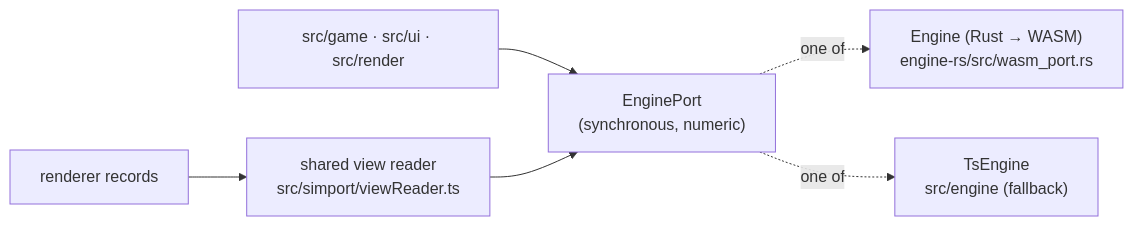
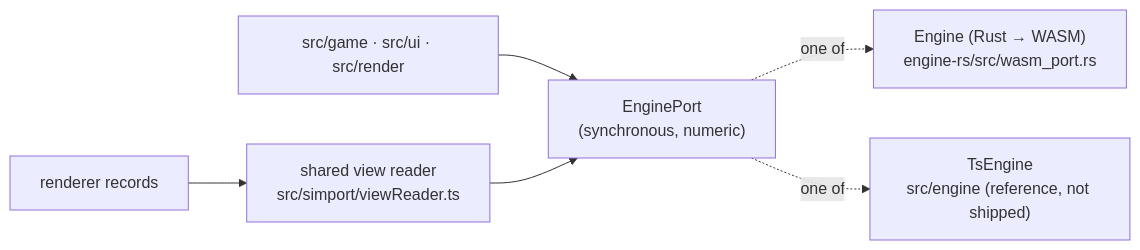
The seventh of 7 diagrams in ARCHITECTURE.md (maniator/verticopolis), drawn with Mermaid before and after one commit. The commit also changed other lines of this file and 9 other files, not shown here.

First line of the commit message:
Docs: the Rust engine is the only engine the shipped game runs

````diff
--- a/ARCHITECTURE.md
+++ b/ARCHITECTURE.md
@@ -252,8 +255,8 @@
 ```mermaid
 flowchart LR
     UI["src/game · src/ui · src/render"] --> Port["EnginePort<br/>(synchronous, numeric)"]
     Port -. one of .-> Rust["Engine (Rust → WASM)<br/>engine-rs/src/wasm_port.rs"]
-    Port -. one of .-> Ts["TsEngine<br/>src/engine (fallback)"]
+    Port -. one of .-> Ts["TsEngine<br/>src/engine (reference, not shipped)"]
     Render["renderer records"] --> Reader["shared view reader<br/>src/simport/viewReader.ts"]
     Reader --> Port
 ```
````
